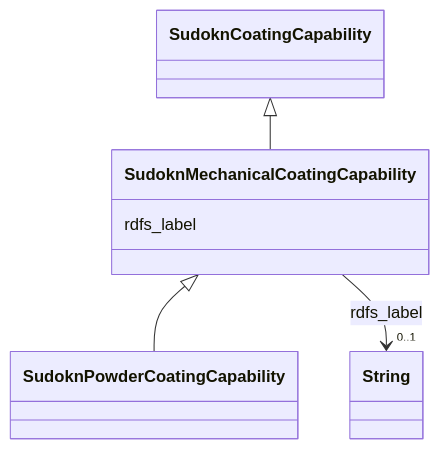
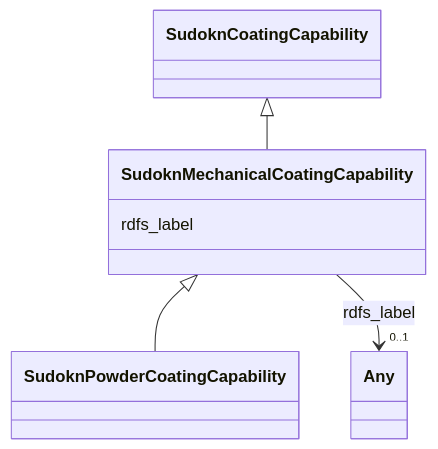
One commit to frink-okn/graph-descriptions changed the diagram in sudokn-kg/classes/SudoknMechanicalCoatingCapability.md. Above: the diagram before and after it, drawn with Mermaid. The commit also changed other lines of this file and 903 other files, not shown here.

````diff
--- a/sudokn-kg/classes/SudoknMechanicalCoatingCapability.md
+++ b/sudokn-kg/classes/SudoknMechanicalCoatingCapability.md
@@ -23,23 +16,23 @@
 ```mermaid
  classDiagram
     class SudoknMechanicalCoatingCapability
     click SudoknMechanicalCoatingCapability href "../SudoknMechanicalCoatingCapability"
       SudoknCoatingCapability <|-- SudoknMechanicalCoatingCapability
         click SudoknCoatingCapability href "../SudoknCoatingCapability"
       
 
       SudoknMechanicalCoatingCapability <|-- SudoknPowderCoatingCapability
         click SudoknPowderCoatingCapability href "../SudoknPowderCoatingCapability"
       
       
       SudoknMechanicalCoatingCapability : rdfs_label
         
           
     
     
-    SudoknMechanicalCoatingCapability --> "0..1" String : rdfs_label
-    click String href "../String"
+    SudoknMechanicalCoatingCapability --> "0..1" Any : rdfs_label
+    click Any href "../Any"
 
         
       
 ```
````
